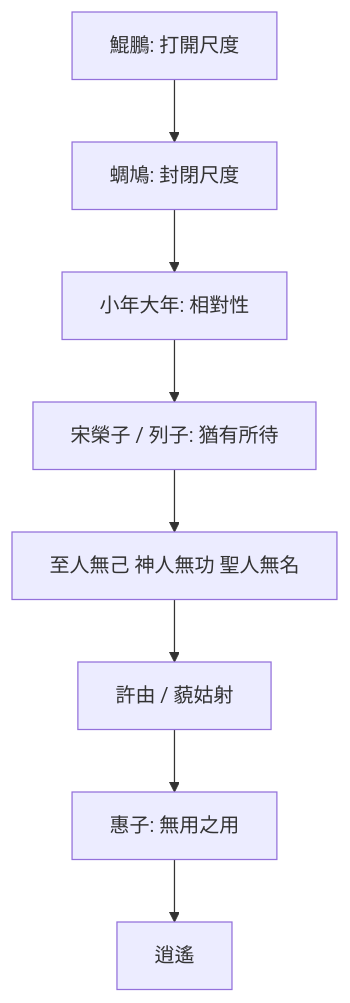
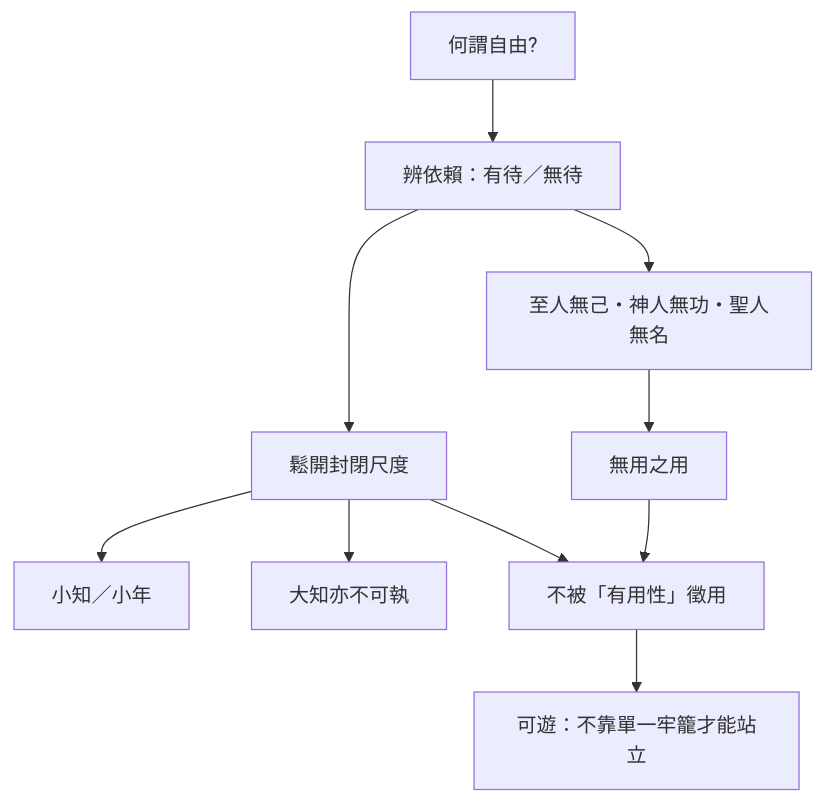
The diagram in content/chapters/01-內篇/01-逍遙遊.md (show0621/zhuangzi-atlas), drawn with Mermaid before and after one commit. The commit also changed other lines of this file and 61 other files, not shown here.

First line of the commit message:
editorial: §16 心智圖改為思想收束，與結構圖分工

````diff
--- a/content/chapters/01-內篇/01-逍遙遊.md
+++ b/content/chapters/01-內篇/01-逍遙遊.md
@@ -311,10 +312,12 @@
 ```mermaid
-flowchart TD
-  A[鯤鵬: 打開尺度] --> B[蜩鳩: 封閉尺度]
-  B --> C[小年大年: 相對性]
-  C --> D[宋榮子 / 列子: 猶有所待]
-  D --> E[至人無己 神人無功 聖人無名]
-  E --> F[許由 / 藐姑射]
-  F --> G[惠子: 無用之用]
-  G --> H[逍遙]
+flowchart TB
+  F[何謂自由?] --> D[辨依賴：有待／無待]
+  D --> S[鬆開封閉尺度]
+  S --> S1[小知／小年]
+  S --> S2[大知亦不可執]
+  D --> P[至人無己・神人無功・聖人無名]
+  P --> U[無用之用]
+  U --> X[不被「有用性」徵用]
+  S --> X
+  X --> Y[可遊：不靠單一牢籠才能站立]
 ```
````
